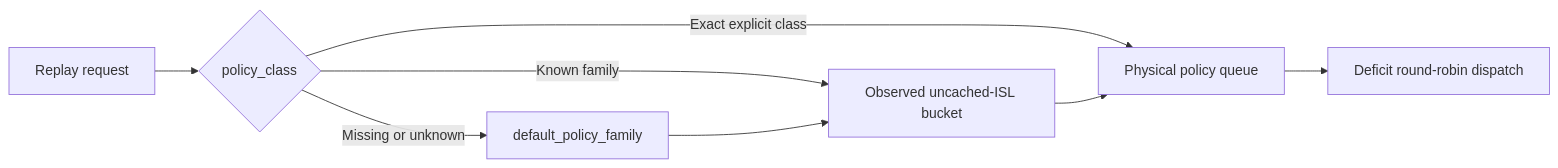
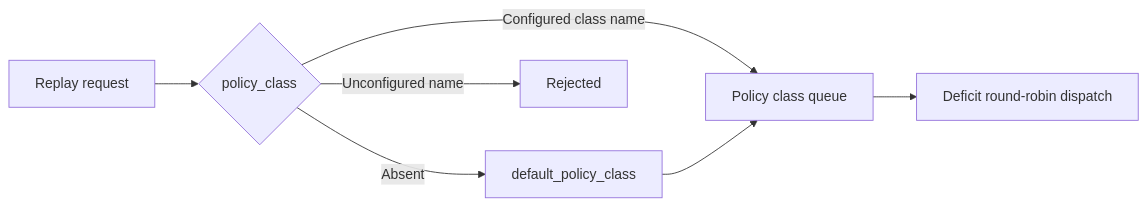
Before and after one commit to ai-dynamo/dynamo: the fourth of 4 diagrams in docs/fern/pages/developer-guide/knowledge-base/concepts/simulation/dynosim-architecture.md, drawn with Mermaid. The commit also changed other lines of this file and 40 other files, not shown here.

Commit message:
feat(router): add flat policy class deadline queue

````diff
--- a/docs/fern/pages/developer-guide/knowledge-base/concepts/simulation/dynosim-architecture.md
+++ b/docs/fern/pages/developer-guide/knowledge-base/concepts/simulation/dynosim-architecture.md
@@ -109,10 +109,9 @@
 ```mermaid
 flowchart LR
     R["Replay request"] --> C{"policy_class"}
-    C -->|Exact explicit class| Q["Physical policy queue"]
-    C -->|Known family| B["Observed uncached-ISL bucket"]
-    C -->|Missing or unknown| F["default_policy_family"]
-    F --> B
-    B --> Q
+    C -->|Configured class name| Q["Policy class queue"]
+    C -->|Absent| F["default_policy_class"]
+    C -->|Unconfigured name| E["Rejected"]
+    F --> Q
     Q --> D["Deficit round-robin dispatch"]
 ```
````
